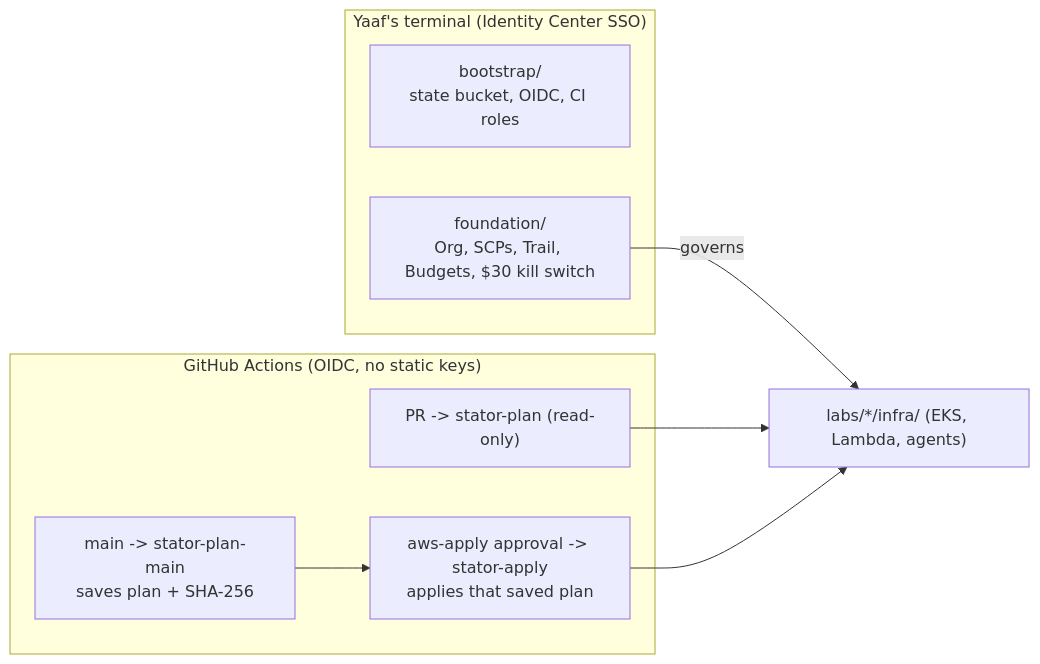
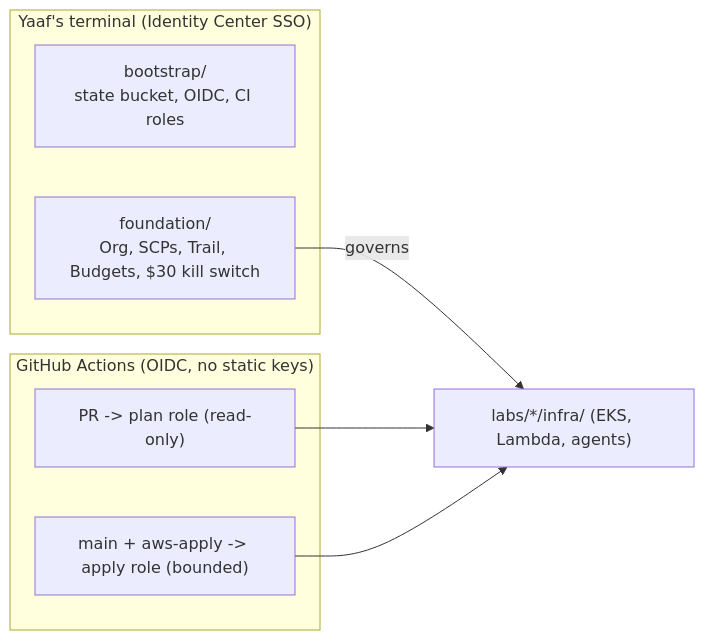
One commit to stator-labs/stator changed the diagram in platform/infra/README.md. Above: the diagram before and after it, drawn with Mermaid. The commit also changed other lines of this file and 10 other files, not shown here.

First line of the commit message:
platform: add pipeline v2 plan, apply and supersede workflows

````diff
--- a/platform/infra/README.md
+++ b/platform/infra/README.md
@@ -5,16 +5,14 @@
 ```mermaid
 flowchart LR
   subgraph terminal["Yaaf's terminal (Identity Center SSO)"]
     boot["bootstrap/<br/>state bucket, OIDC, CI roles"]
     fnd["foundation/<br/>Org, SCPs, Trail, Budgets, $30 kill switch"]
   end
   subgraph ci["GitHub Actions (OIDC, no static keys)"]
-    pr["PR -> stator-plan (read-only)"]
-    main["main -> stator-plan-main<br/>saves plan + SHA-256"]
-    apply["aws-apply approval -> stator-apply<br/>applies that saved plan"]
+    pr["PR -> plan role (read-only)"]
+    apply["main + aws-apply -> apply role (bounded)"]
   end
   fnd -->|governs| labs["labs/*/infra/ (EKS, Lambda, agents)"]
   pr --> labs
-  main --> apply
   apply --> labs
 ```
````
